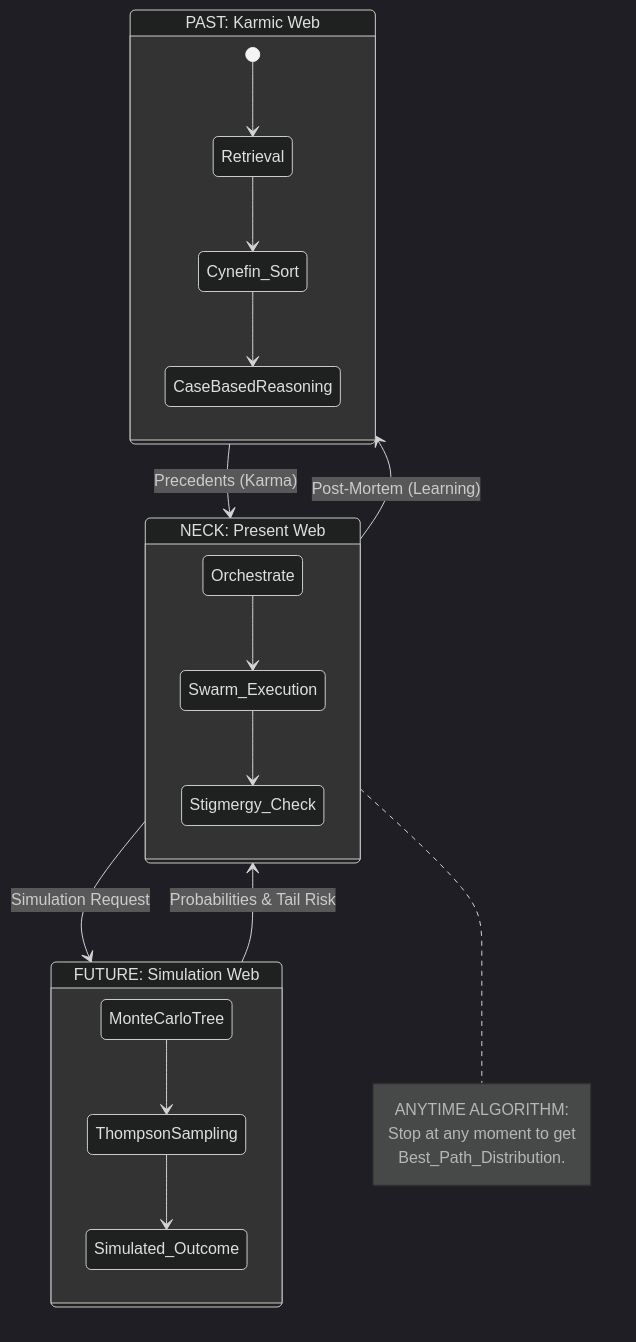
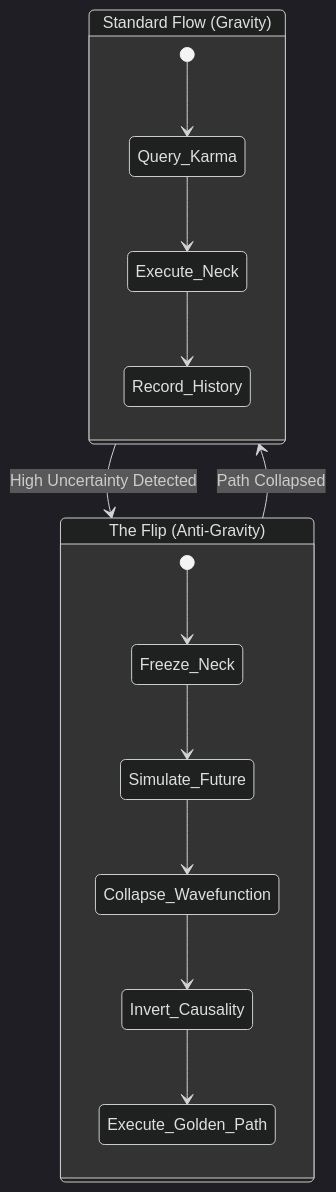
Before and after one commit to TTaoGaming/hfo_2025_11: the second of 5 diagrams in brain/strategy_obsidian_hourglass.md, drawn with Mermaid (dark theme). The commit also changed other lines of this file and 40 other files, not shown here.

````diff
--- a/brain/strategy_obsidian_hourglass.md
+++ b/brain/strategy_obsidian_hourglass.md
@@ -53,32 +119,21 @@
 ```mermaid
 stateDiagram-v2
     direction TB
 
-    state "PAST: Karmic Web" as Past {
-        [*] --> Retrieval
-        Retrieval --> Cynefin_Sort
-        Cynefin_Sort --> CaseBasedReasoning
+    state "Standard Flow (Gravity)" as Gravity {
+        [*] --> Query_Karma
+        Query_Karma --> Execute_Neck
+        Execute_Neck --> Record_History
     }
 
-    state "NECK: Present Web" as Present {
-        Orchestrate --> Swarm_Execution
-        Swarm_Execution --> Stigmergy_Check
+    state "The Flip (Anti-Gravity)" as Flip {
+        [*] --> Freeze_Neck
+        Freeze_Neck --> Simulate_Future
+        Simulate_Future --> Collapse_Wavefunction
+        Collapse_Wavefunction --> Invert_Causality
+        Invert_Causality --> Execute_Golden_Path
     }
 
-    state "FUTURE: Simulation Web" as Future {
-        MonteCarloTree --> ThompsonSampling
-        ThompsonSampling --> Simulated_Outcome
-    }
-
-    %% The Flip Logic
-    Past --> Present : Precedents (Karma)
-    Present --> Future : Simulation Request
-    Future --> Present : Probabilities & Tail Risk
-    Present --> Past : Post-Mortem (Learning)
-
-    note right of Present
-        ANYTIME ALGORITHM:
-        Stop at any moment to get
-        Best_Path_Distribution.
-    end note
+    Gravity --> Flip : High Uncertainty Detected
+    Flip --> Gravity : Path Collapsed
 ```
````
